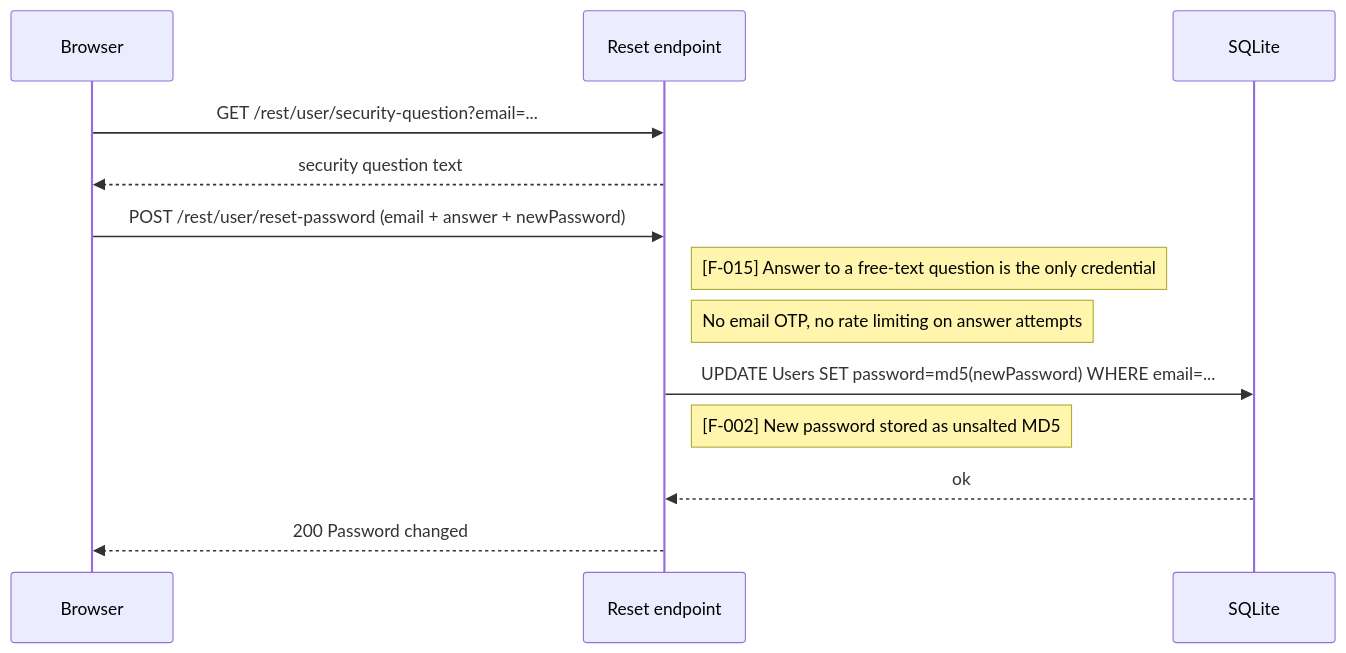
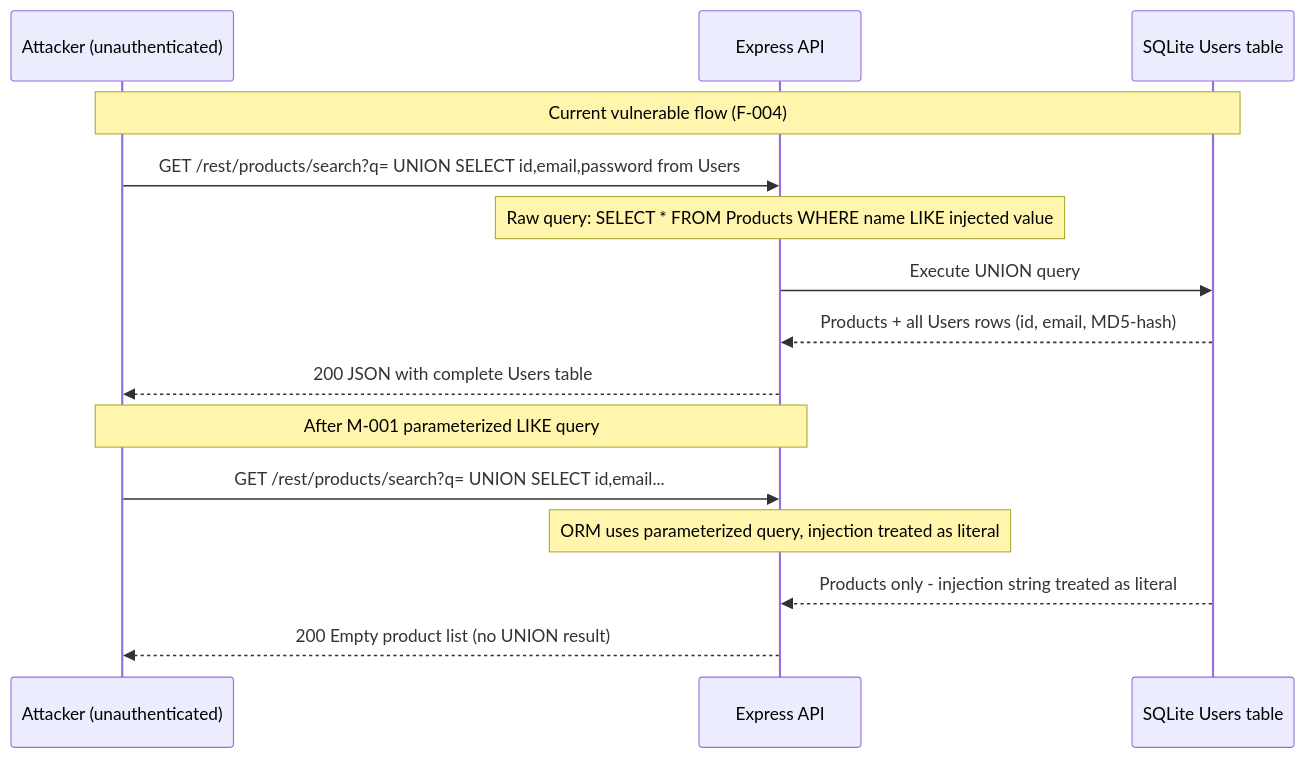
Diagram 13 of 17 in examples/juice-shop/threat-model-juiceshop-thorough.md (appsec-foundry/appsec-advisor), drawn with Mermaid before and after one commit. The commit also changed other lines of this file and 12 other files, not shown here.

Commit message:
new schema & quality enforcement implemented

````diff
--- a/examples/juice-shop/threat-model-juiceshop-thorough.md
+++ b/examples/juice-shop/threat-model-juiceshop-thorough.md
@@ -802,17 +811,19 @@
 ```mermaid
 sequenceDiagram
-    participant B as Browser
-    participant R as Reset endpoint
-    participant DB as SQLite
+    participant A as Attacker (unauthenticated)
+    participant API as Express API
+    participant DB as SQLite Users table
 
-    B->>R: GET /rest/user/security-question?email=...
-    R-->>B: security question text
+    Note over A,DB: Current vulnerable flow (F-004)
+    A->>API: GET /rest/products/search?q= UNION SELECT id,email,password from Users
+    Note over API: Raw query: SELECT * FROM Products WHERE name LIKE injected value
+    API->>DB: Execute UNION query
+    DB-->>API: Products + all Users rows (id, email, MD5-hash)
+    API-->>A: 200 JSON with complete Users table
 
-    B->>R: POST /rest/user/reset-password (email + answer + newPassword)
-    Note right of R: [F-015] Answer to a free-text question is the only credential
-    Note right of R: No email OTP, no rate limiting on answer attempts
-    R->>DB: UPDATE Users SET password=md5(newPassword) WHERE email=...
-    Note right of R: [F-002] New password stored as unsalted MD5
-    DB-->>R: ok
-    R-->>B: 200 Password changed
+    Note over A,API: After M-001 parameterized LIKE query
+    A->>API: GET /rest/products/search?q= UNION SELECT id,email...
+    Note over API: ORM uses parameterized query, injection treated as literal
+    DB-->>API: Products only - injection string treated as literal
+    API-->>A: 200 Empty product list (no UNION result)
 ```
````
